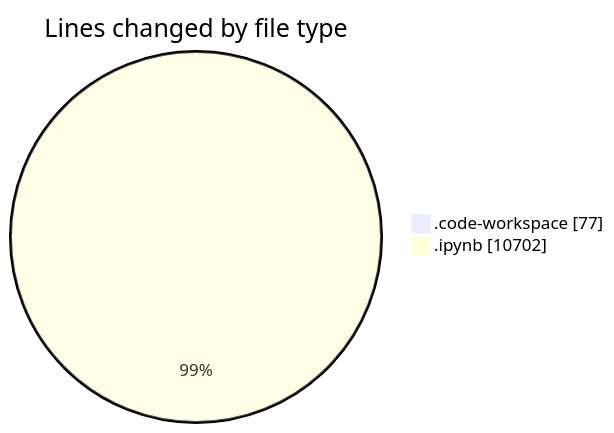
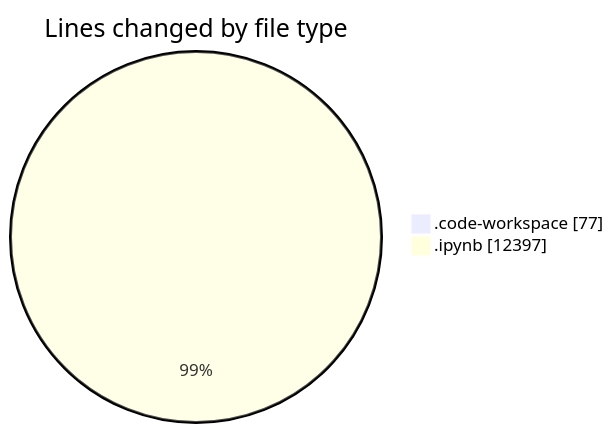
Before and after one commit to MatusMokan/code-tracking: the first of 2 diagrams in 2025-03-14/myws__workspace_/README.md, drawn with Mermaid. The commit also changed other lines of this file and 1 other file, not shown here.

````diff
--- a/2025-03-14/myws__workspace_/README.md
+++ b/2025-03-14/myws__workspace_/README.md
@@ -21,6 +21,6 @@
 ```mermaid
 pie showData
 title Lines changed by file type
 ".code-workspace" : 77
-".ipynb" : 10702
+".ipynb" : 12397
 ```
````
